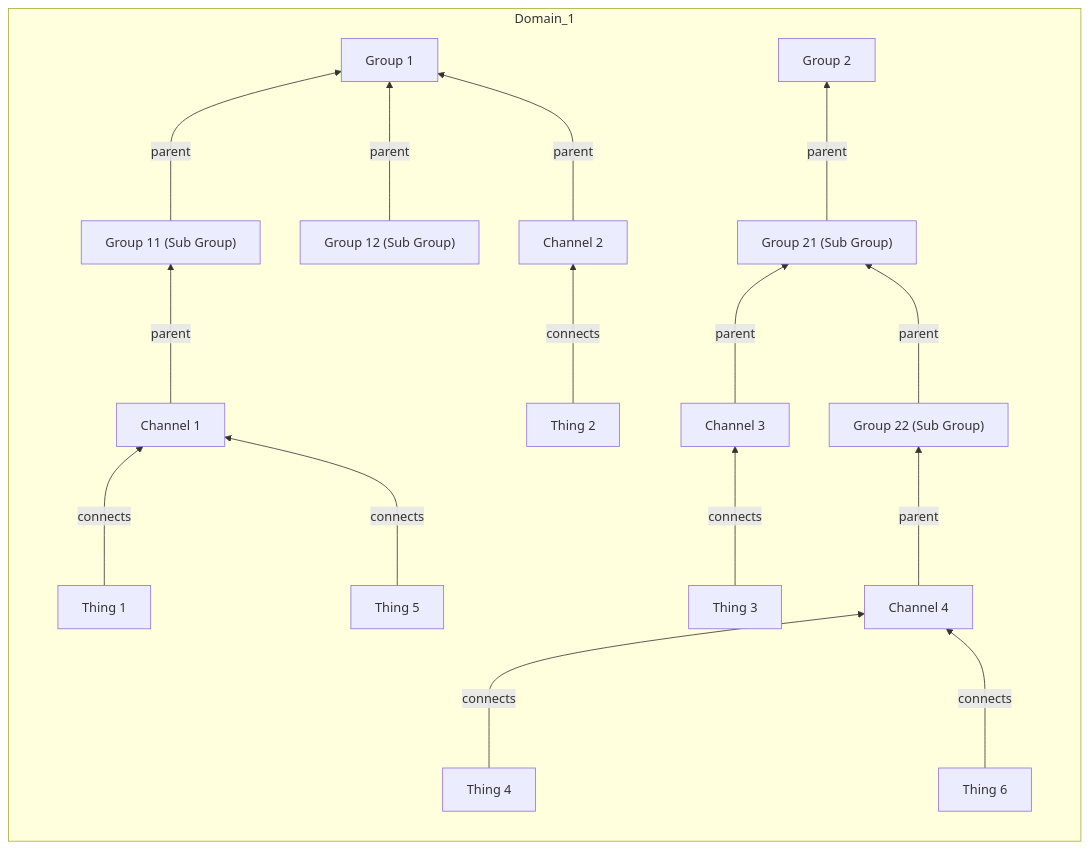
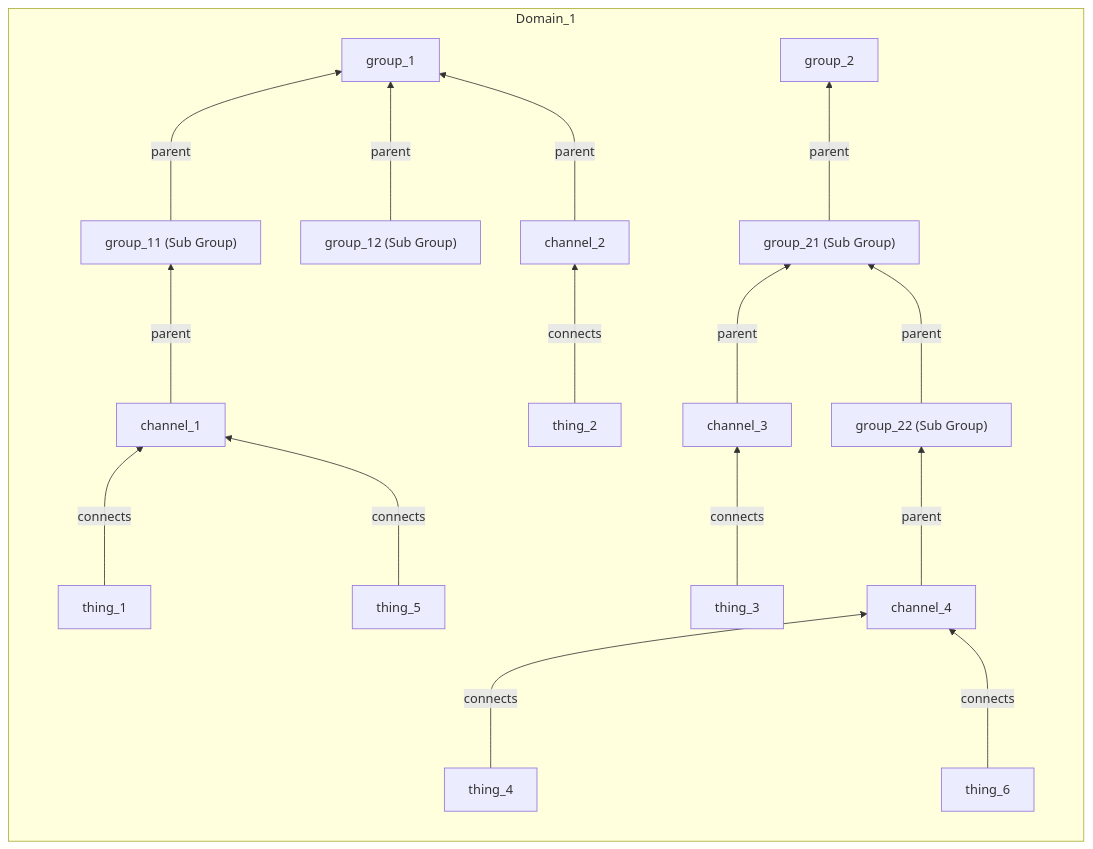
The seventh of 8 diagrams in docs/authorization.md (absmach/supermq-docs), drawn with Mermaid before and after one commit. The commit also changed other lines of this file, not shown here.

````diff
--- a/docs/authorization.md
+++ b/docs/authorization.md
@@ -204,47 +198,47 @@
 ```mermaid
 graph
    subgraph Domain_1
       direction BT
-      Gr1["Group 1"]
-      Gr2["Group 2"]
+      Gr1["group_1"]
+      Gr2["group_2"]
 
-      Gr11["Group 11 (Sub Group)"]
-      Gr12["Group 12 (Sub Group)"]
+      Gr11["group_11 (Sub Group)"]
+      Gr12["group_12 (Sub Group)"]
 
-      Gr21["Group 21 (Sub Group)"]
-      Gr22["Group 22 (Sub Group)"]
+      Gr21["group_21 (Sub Group)"]
+      Gr22["group_22 (Sub Group)"]
 
-      Th1["Thing 1"]
-      Th2["Thing 2"]
-      Th3["Thing 3"]
-      Th4["Thing 4"]
-      Th5["Thing 5"]
-      Th6["Thing 6"]
+      Th1["thing_1"]
+      Th2["thing_2"]
+      Th3["thing_3"]
+      Th4["thing_4"]
+      Th5["thing_5"]
+      Th6["thing_6"]
 
 
 
-      Ch1["Channel 1"]
-      Ch2["Channel 2"]
-      Ch3["Channel 3"]
-      Ch4["Channel 4"]
+      Ch1["channel_1"]
+      Ch2["channel_2"]
+      Ch3["channel_3"]
+      Ch4["channel_4"]
 
       Gr11 --->|parent| Gr1
       Gr12 --->|parent| Gr1
 
       Ch1 --->|parent| Gr11
       Th1 --->|connects| Ch1
       Th5 --->|connects| Ch1
 
       Ch2 --->|parent| Gr1
       Th2 --->|connects| Ch2
 
       Gr21 --->|parent| Gr2
       Ch3 --->|parent| Gr21
       Th3 --->|connects| Ch3
 
       Gr22 --->|parent| Gr21
       Ch4 --->|parent| Gr22
       Th4 --->|connects| Ch4
       Th6 --->|connects| Ch4
    end
 ```
````
